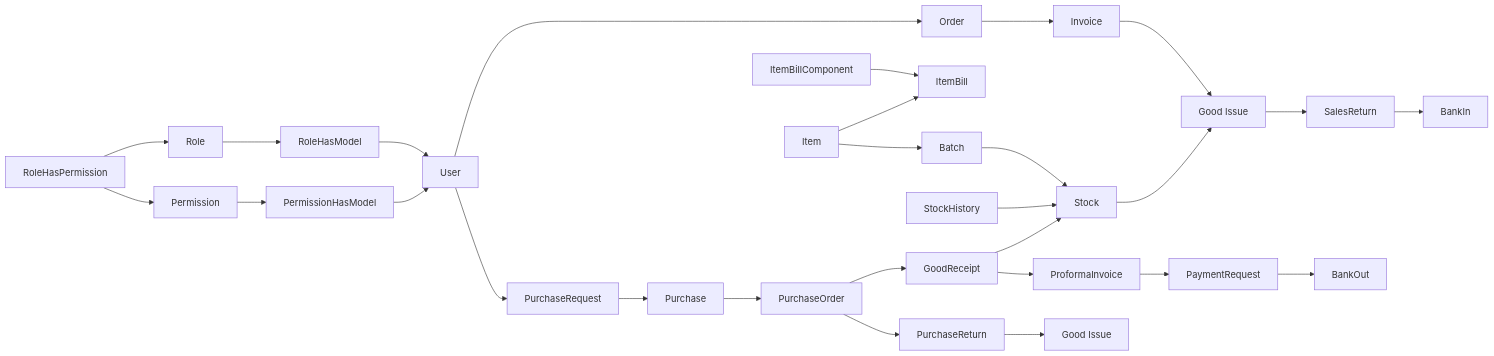
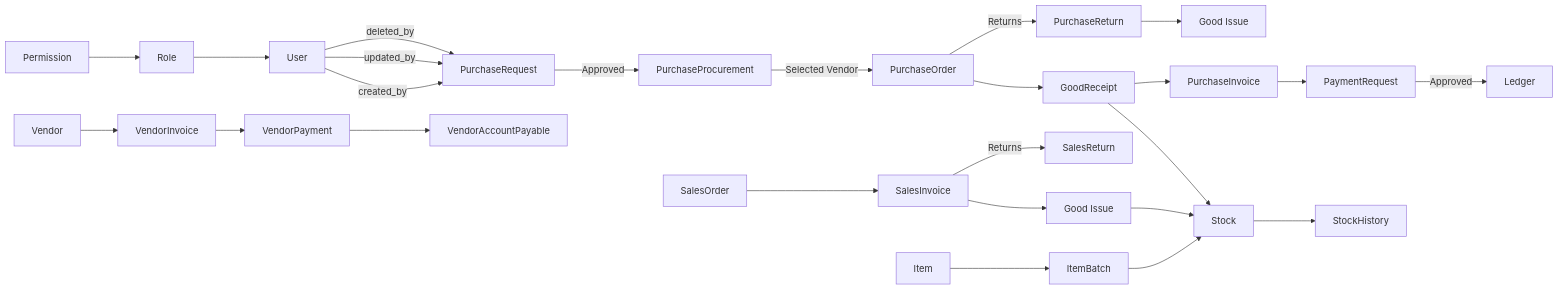
One commit to menma977/MyERP changed the diagram in README.md. Above: the diagram before and after it, drawn with Mermaid. The commit also changed other lines of this file, not shown here.

````diff
--- a/README.md
+++ b/README.md
@@ -234,41 +404,37 @@
 ```mermaid
 graph LR
-    %% Sales & Outbound Flow
-    Order --> Invoice
-    Invoice --> GoodIssue1[Good Issue]
-    GoodIssue1 --> SalesReturn
-    SalesReturn --> BankIn
-
-    %% Item & Inventory Management
-    ItemBillComponent --> ItemBill
-    Item --> ItemBill
-    Item --> Batch
-    Batch --> Stock
-    StockHistory --> Stock
-    Stock --> GoodIssue1
-
     %% Purchasing & Inbound Flow
-    PurchaseRequest --> Purchase
-    Purchase --> PurchaseOrder
+    PurchaseRequest -->|Approved| PurchaseProcurement
+    PurchaseProcurement -->|Selected Vendor| PurchaseOrder
     PurchaseOrder --> GoodReceipt
     GoodReceipt --> Stock
-    GoodReceipt --> ProformaInvoice
-    ProformaInvoice --> PaymentRequest
-    PaymentRequest --> BankOut
-    
-    %% Returns
-    PurchaseOrder --> PurchaseReturn
-    PurchaseReturn --> GoodIssue2[Good Issue]
+    GoodReceipt --> PurchaseInvoice
+    PurchaseInvoice --> PaymentRequest
+    PaymentRequest -->|Approved| Ledger
 
-    %% User Access & Permissions (RBAC)
-    Role --> RoleHasModel
-    RoleHasModel --> User
-    RoleHasPermission --> Role
-    RoleHasPermission --> Permission
-    Permission --> PermissionHasModel
-    PermissionHasModel --> User
+    PurchaseOrder -->|Returns| PurchaseReturn
+    PurchaseReturn --> GoodIssue1[Good Issue]
 
-    %% User Interaction Initiation
-    User --> PurchaseRequest
-    User --> Order
+    %% Sales & Outbound Flow
+    SalesOrder --> SalesInvoice
+    SalesInvoice --> GoodIssue2[Good Issue]
+    GoodIssue2 --> Stock
+    SalesInvoice -->|Returns| SalesReturn
+
+    %% Inventory Management
+    Item --> ItemBatch
+    ItemBatch --> Stock
+    Stock --> StockHistory
+
+    %% Vendor Management
+    Vendor --> VendorInvoice
+    VendorInvoice --> VendorPayment
+    VendorPayment --> VendorAccountPayable
+
+    %% User & Permissions
+    User -->|created_by| PurchaseRequest
+    User -->|updated_by| PurchaseRequest
+    User -->|deleted_by| PurchaseRequest
+    Role --> User
+    Permission --> Role
 ```
````
